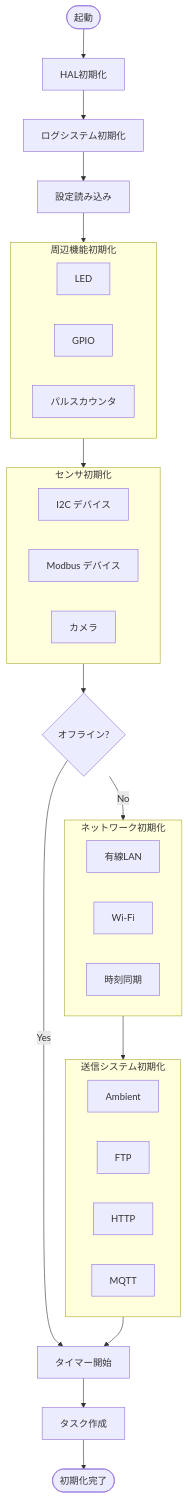
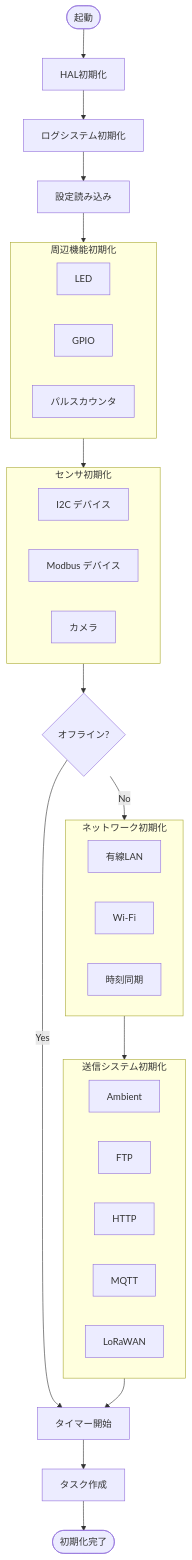
One commit to yrit-jp/yrit_iot_firmware changed the seventh of 12 diagrams in notes/ARCHITECTURE_OVERVIEW.md. Above: the diagram before and after it, drawn with Mermaid. The commit also changed other lines of this file and 805 other files, not shown here.

````diff
--- a/notes/ARCHITECTURE_OVERVIEW.md
+++ b/notes/ARCHITECTURE_OVERVIEW.md
@@ -249,44 +253,45 @@
 ```mermaid
 flowchart TB
     Start([起動]) --> HAL[HAL初期化]
     HAL --> Log[ログシステム初期化]
     Log --> Config[設定読み込み]
     Config --> Peripheral[周辺機能初期化]
 
     subgraph Peripheral[周辺機能初期化]
         LED[LED]
         GPIO[GPIO]
         Pulse[パルスカウンタ]
     end
 
     Peripheral --> Sensor[センサ初期化]
 
     subgraph Sensor[センサ初期化]
         I2C[I2C デバイス]
         Modbus[Modbus デバイス]
         Camera[カメラ]
     end
 
     Sensor --> Network{オフライン?}
     Network -->|No| Net[ネットワーク初期化]
     Network -->|Yes| Timer
 
     subgraph Net[ネットワーク初期化]
         LAN[有線LAN]
         WiFi[Wi-Fi]
         NTP[時刻同期]
     end
 
     Net --> Transmit[送信システム初期化]
 
     subgraph Transmit[送信システム初期化]
         AMB[Ambient]
         FTP[FTP]
         HTTP[HTTP]
         MQTT[MQTT]
+        LORA[LoRaWAN]
     end
 
     Transmit --> Timer[タイマー開始]
     Timer --> Task[タスク作成]
     Task --> Ready([初期化完了])
 ```
````
